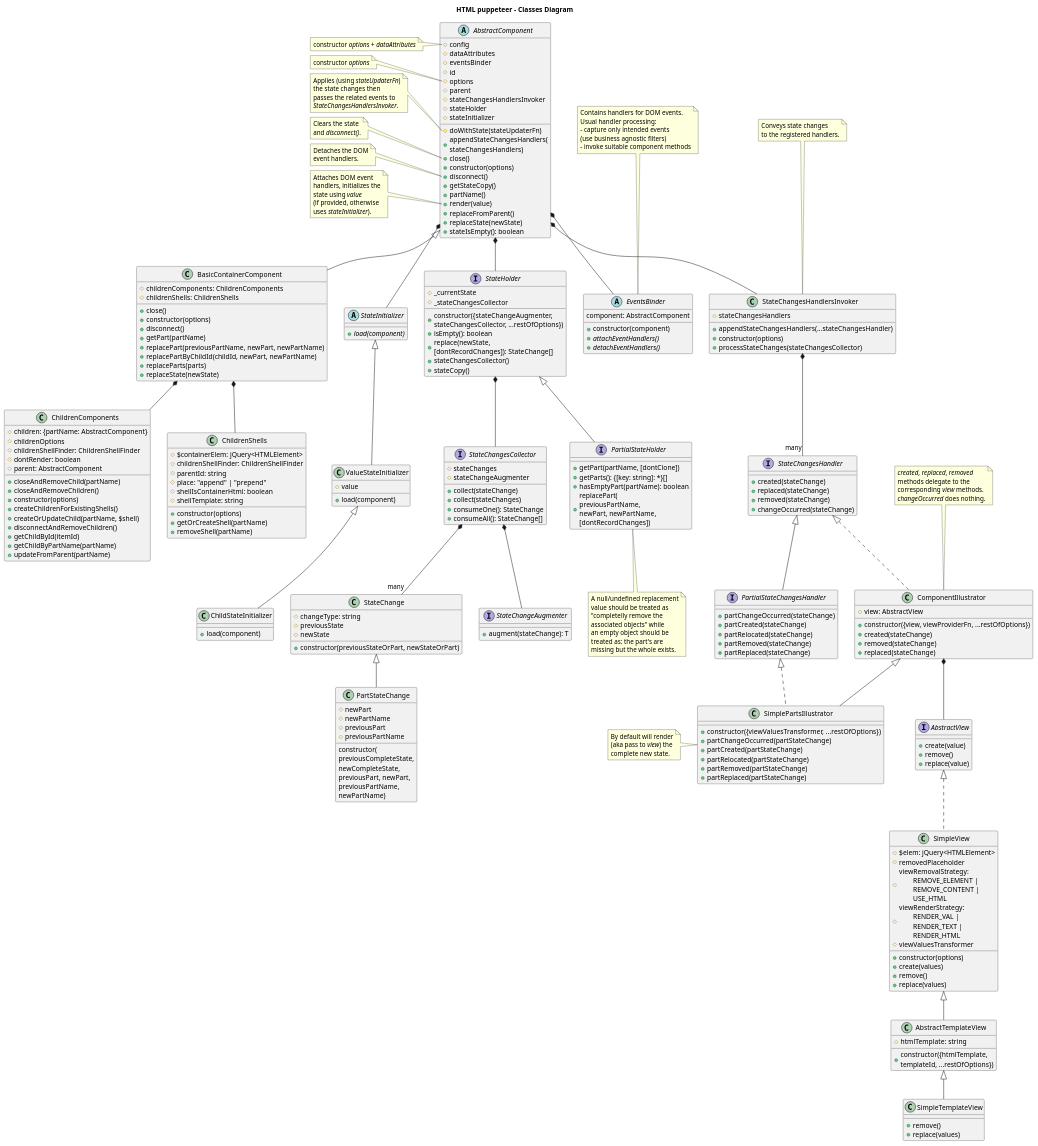
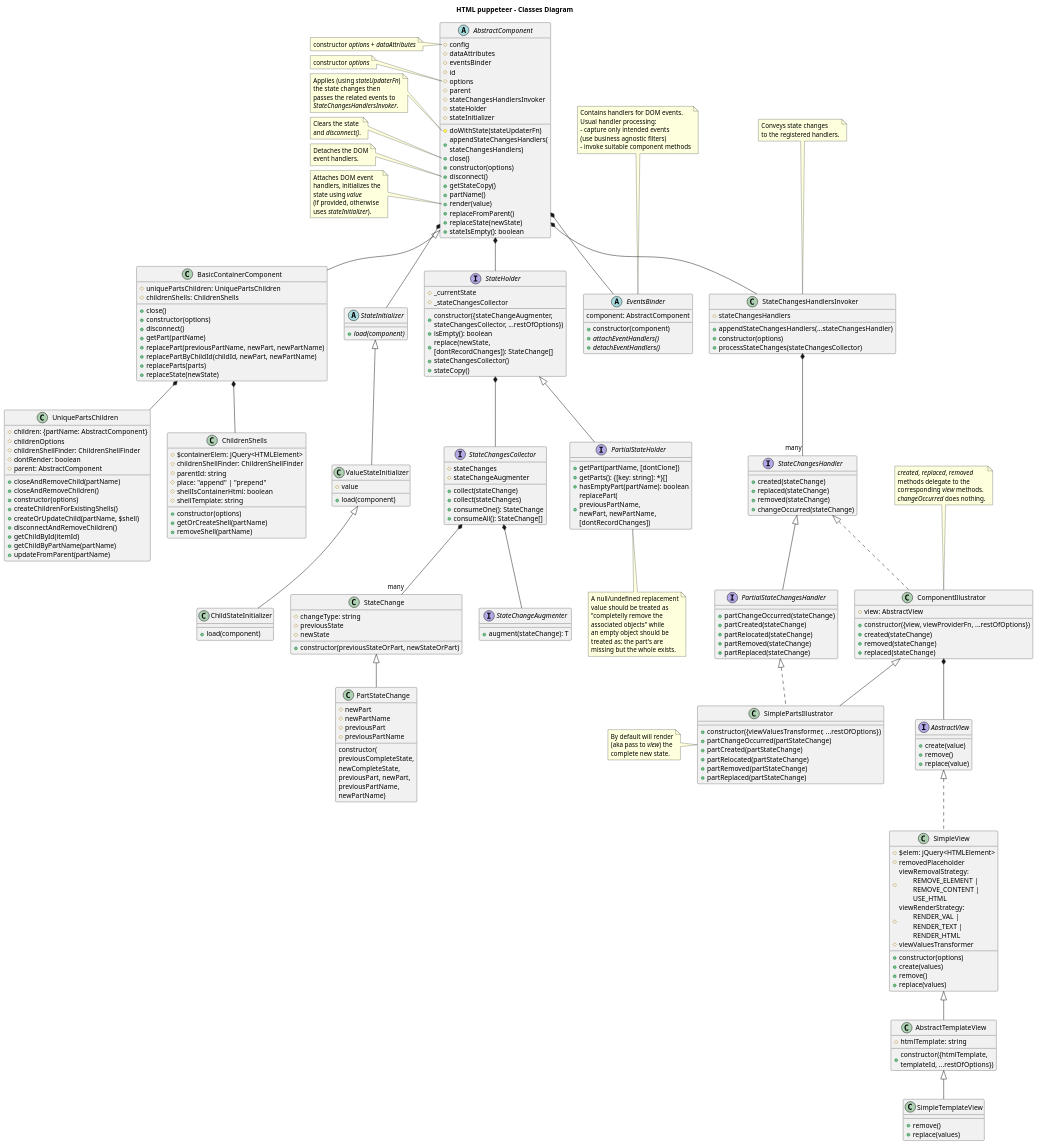
Before and after one commit to adrhc/html-puppeteer: the diagram in design/classes-diagram.puml, drawn with PlantUML. The commit also changed 13 other files, not shown here.

Commit message:
ChildrenComponents renamed to UniquePartsChildren

```diff
--- a/design/classes-diagram.puml
+++ b/design/classes-diagram.puml
@@ -70,7 +70,7 @@
 +removeShell(partName)
 }
 
-class ChildrenComponents {
+class UniquePartsChildren {
 #children: {partName: AbstractComponent}
 #childrenOptions
 #childrenShellFinder: ChildrenShellFinder
@@ -186,7 +186,7 @@
 end note
 
 class BasicContainerComponent extends AbstractComponent {
-  #childrenComponents: ChildrenComponents
+  #uniquePartsChildren: UniquePartsChildren
   #childrenShells: ChildrenShells
   +close()
   +constructor(options)
@@ -198,7 +198,7 @@
   +replaceState(newState)
 }
 
-BasicContainerComponent *-- ChildrenComponents
+BasicContainerComponent *-- UniquePartsChildren
 BasicContainerComponent *-- ChildrenShells
 
 /'interface ErrorsHandler {
```
